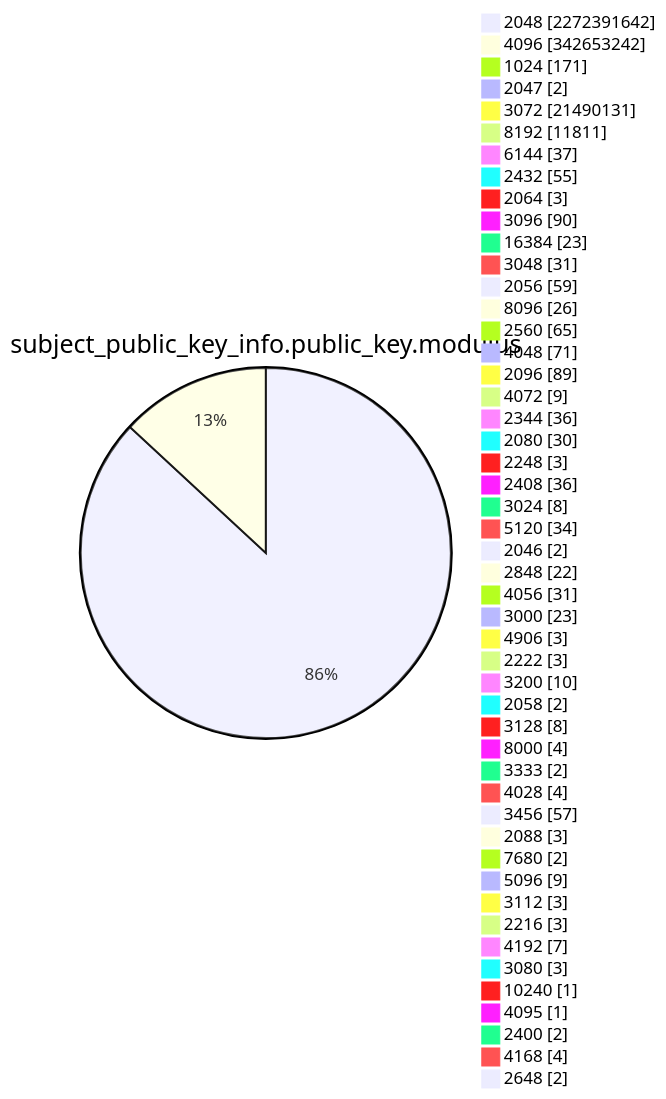
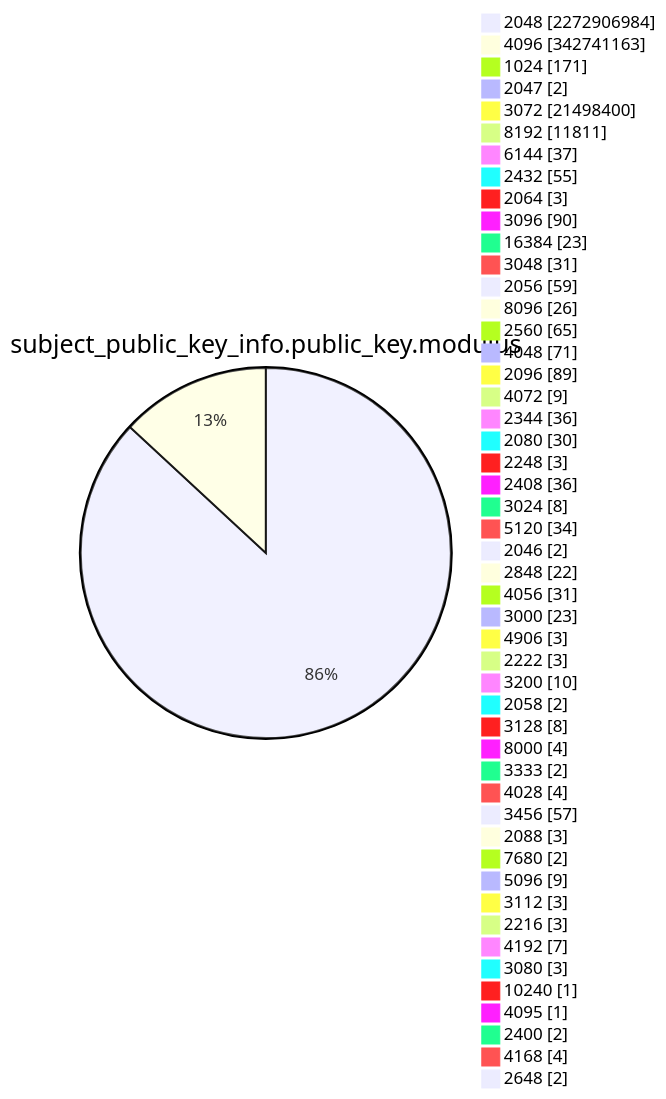
Diagram 13 of 15 in TOTAL/README.md (christiankrug/ctmonitor_visualization), drawn with Mermaid before and after one commit. The commit also changed other lines of this file, not shown here.

````diff
--- a/TOTAL/README.md
+++ b/TOTAL/README.md
@@ -4167,53 +4167,53 @@
 ```mermaid
 pie showData
 title subject_public_key_info.public_key.modulus
-"2048" :2272391642
-"4096" :342653242
+"2048" :2272906984
+"4096" :342741163
 "1024" :171
 "2047" :2
-"3072" :21490131
+"3072" :21498400
 "8192" :11811
 "6144" :37
 "2432" :55
 "2064" :3
 "3096" :90
 "16384" :23
 "3048" :31
 "2056" :59
 "8096" :26
 "2560" :65
 "4048" :71
 "2096" :89
 "4072" :9
 "2344" :36
 "2080" :30
 "2248" :3
 "2408" :36
 "3024" :8
 "5120" :34
 "2046" :2
 "2848" :22
 "4056" :31
 "3000" :23
 "4906" :3
 "2222" :3
 "3200" :10
 "2058" :2
 "3128" :8
 "8000" :4
 "3333" :2
 "4028" :4
 "3456" :57
 "2088" :3
 "7680" :2
 "5096" :9
 "3112" :3
 "2216" :3
 "4192" :7
 "3080" :3
 "10240" :1
 "4095" :1
 "2400" :2
 "4168" :4
 "2648" :2
 ```
````
